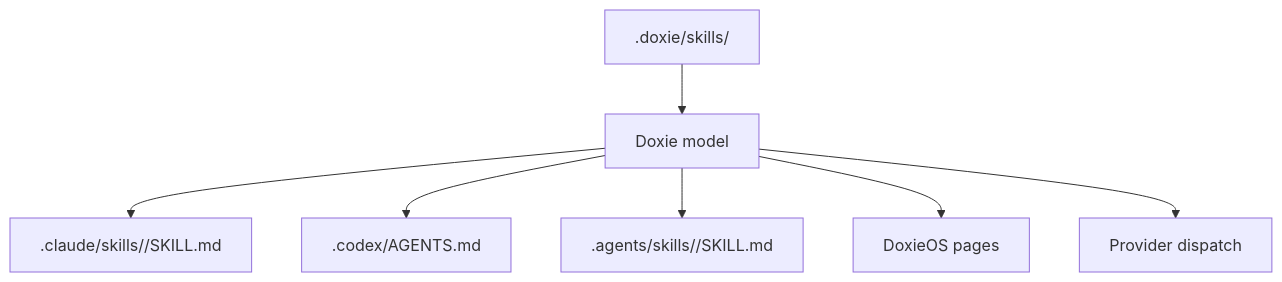
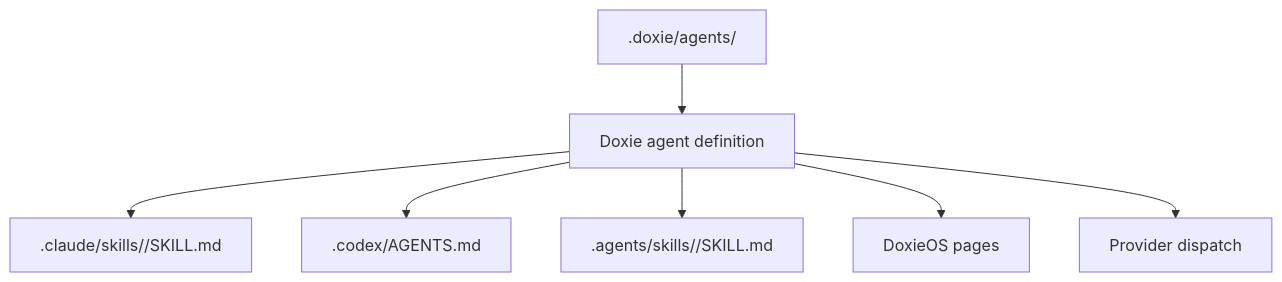
Before and after one commit to viamus/DoxieOS: the fifth of 5 diagrams in docs/architecture.md, drawn with Mermaid. The commit also changed other lines of this file and 85 other files, not shown here.

````diff
--- a/docs/architecture.md
+++ b/docs/architecture.md
@@ -105,9 +111,9 @@
 ```mermaid
 flowchart TD
-    Skill[".doxie/skills/<id>"] --> Normalize["Doxie model"]
+    Agent[".doxie/agents/<id>"] --> Normalize["Doxie agent definition"]
     Normalize --> ClaudeSkill[".claude/skills/<id>/SKILL.md"]
     Normalize --> CodexIndex[".codex/AGENTS.md"]
     Normalize --> CodexSkills[".agents/skills/<id>/SKILL.md"]
     Normalize --> UI["DoxieOS pages"]
     Normalize --> Runner["Provider dispatch"]
 ```
````
